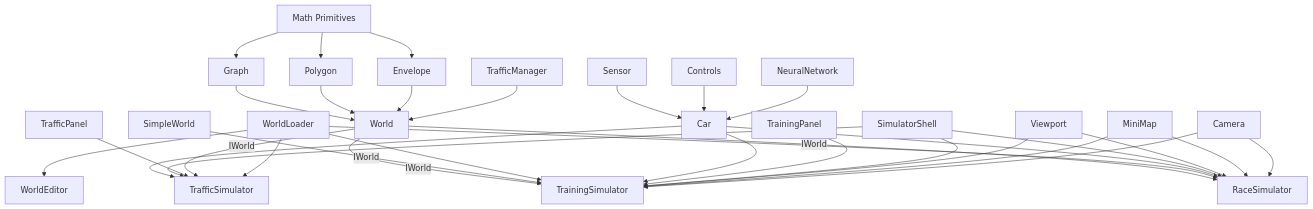
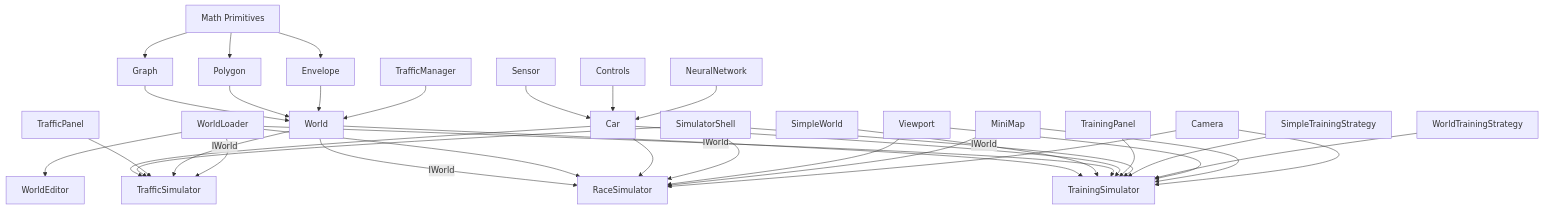
One commit to alekseykravetz/Self-driving-car changed the diagram in docs/Architecture.md. Above: the diagram before and after it, drawn with Mermaid. The commit also changed other lines of this file and 10 other files, not shown here.

Commit message:
task done - split training simulator

````diff
--- a/docs/Architecture.md
+++ b/docs/Architecture.md
@@ -176,35 +176,37 @@
 ```mermaid
 graph TD
     Math[Math Primitives] --> Graph
     Math --> Polygon
     Math --> Envelope
     Graph --> World
     Polygon --> World
     Envelope --> World
     World -->|IWorld| TrainingSimulator
     SimpleWorld -->|IWorld| TrainingSimulator
     World -->|IWorld| RaceSimulator
     WorldLoader --> TrainingSimulator
     WorldLoader --> RaceSimulator
     WorldLoader --> WorldEditor
     Sensor --> Car
     Controls --> Car
     NeuralNetwork --> Car
     Car --> TrainingSimulator
     Car --> RaceSimulator
     Car --> TrafficSimulator
     TrainingPanel --> TrainingSimulator
     SimulatorShell --> TrainingSimulator
+    SimpleTrainingStrategy --> TrainingSimulator
+    WorldTrainingStrategy --> TrainingSimulator
     SimulatorShell --> TrafficSimulator
     SimulatorShell --> RaceSimulator
     TrafficPanel --> TrafficSimulator
     World -->|IWorld| TrafficSimulator
     WorldLoader --> TrafficSimulator
     Viewport --> TrainingSimulator
     Viewport --> RaceSimulator
     MiniMap --> TrainingSimulator
     MiniMap --> RaceSimulator
     Camera --> TrainingSimulator
     Camera --> RaceSimulator
     TrafficManager --> World
 ```
````
